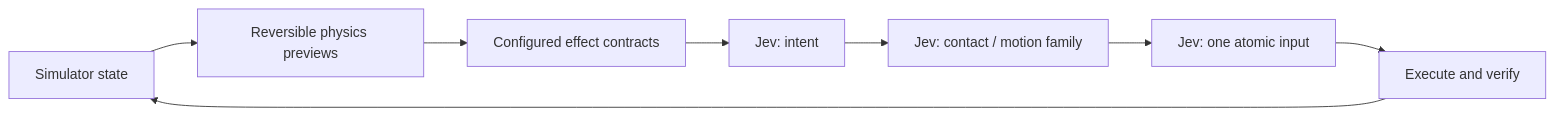
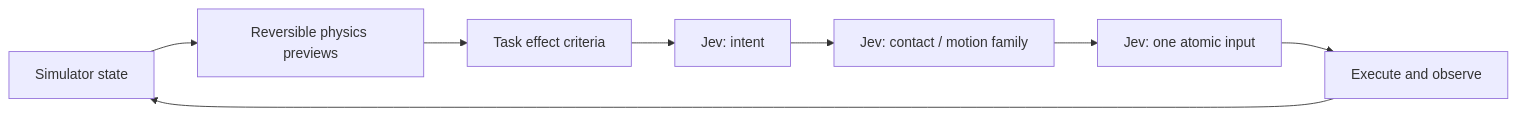
Before and after one commit to Dimweaker/jev-libero: the diagram in README.md, drawn with Mermaid. The commit also changed other lines of this file and 1 other file, not shown here.

Commit message:
Rewrite READMEs around flexible setup and task customization

````diff
--- a/README.md
+++ b/README.md
@@ -112,10 +123,10 @@
 ```mermaid
 flowchart LR
     S[Simulator state] --> P[Reversible physics previews]
-    P --> C[Configured effect contracts]
+    P --> C[Task effect criteria]
     C --> I[Jev: intent]
     I --> F[Jev: contact / motion family]
     F --> A[Jev: one atomic input]
-    A --> E[Execute and verify]
+    A --> E[Execute and observe]
     E --> S
 ```
````
